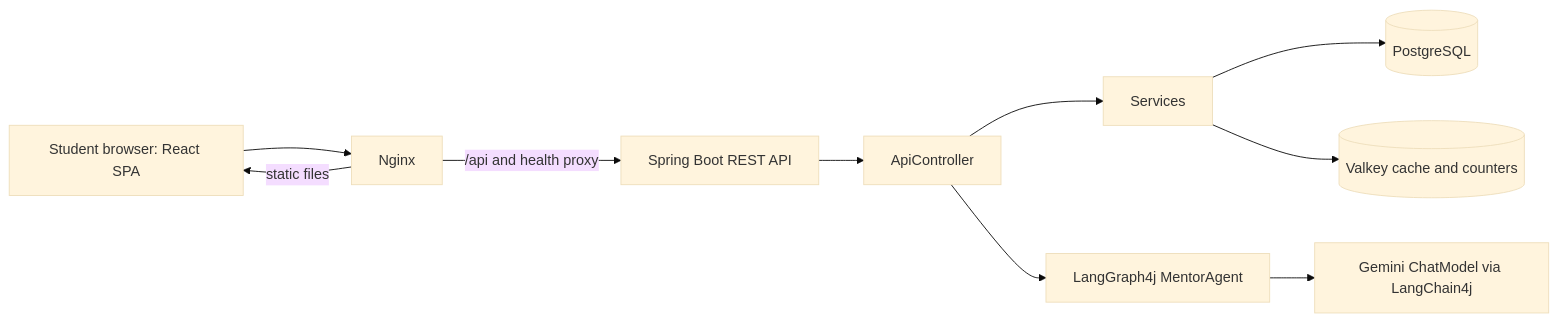
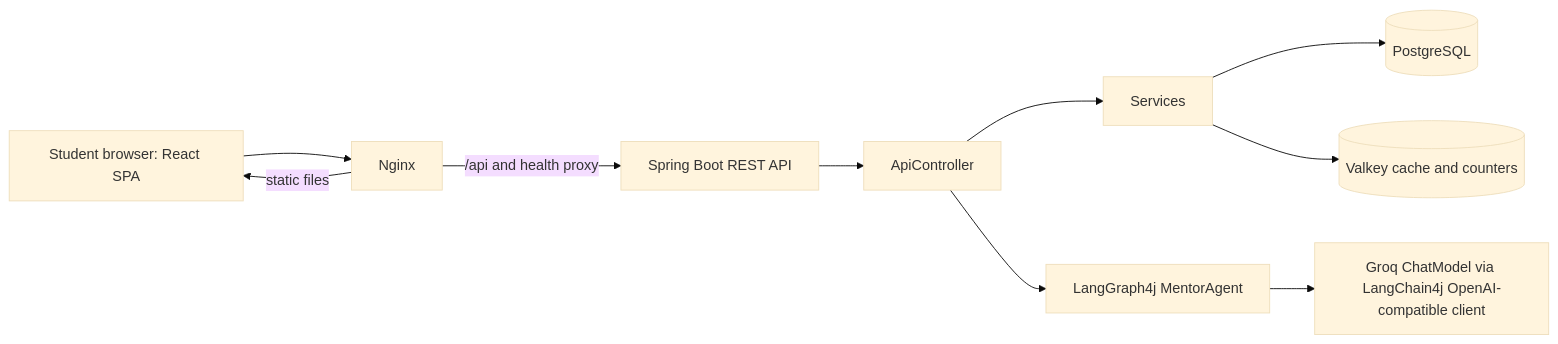
One commit to rajath88/edu-mentor changed the first of 5 diagrams in docs/ARCHITECTURE.md. Above: the diagram before and after it, drawn with Mermaid (base theme). The commit also changed other lines of this file and 13 other files, not shown here.

Commit message:
Switch AI Mentor from Gemini to Groq

```diff
--- a/docs/ARCHITECTURE.md
+++ b/docs/ARCHITECTURE.md
@@ -7,12 +7,12 @@
 ~~~mermaid
 flowchart LR
   B[Student browser: React SPA] --> N[Nginx]
   N -->|static files| B
   N -->|/api and health proxy| A[Spring Boot REST API]
   A --> C[ApiController]
   C --> S[Services]
   S --> P[(PostgreSQL)]
   S --> V[(Valkey cache and counters)]
   C --> G[LangGraph4j MentorAgent]
-  G --> L[Gemini ChatModel via LangChain4j]
+  G --> L[Groq ChatModel via LangChain4j OpenAI-compatible client]
 ~~~
```
